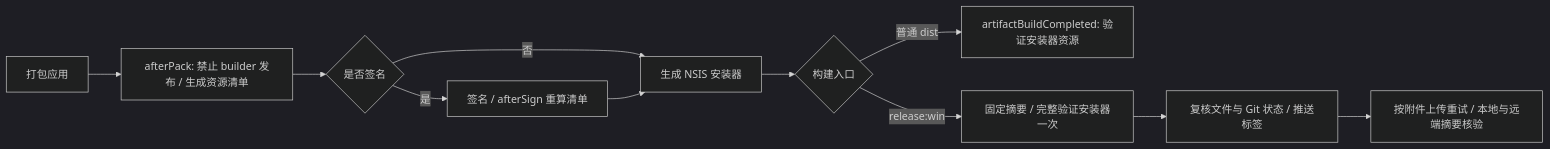
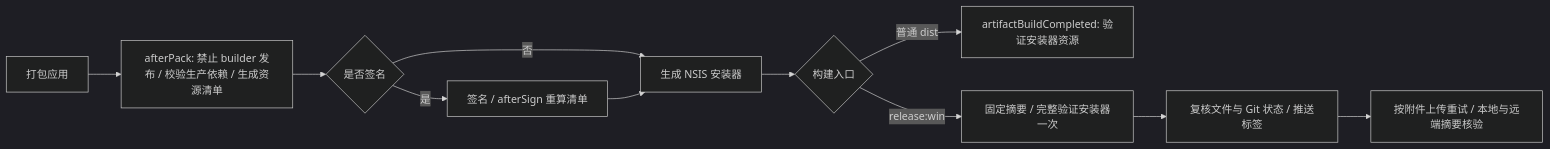
The diagram in docs/reference/engineering/build.md (AuroraWhisperer/LIRA), drawn with Mermaid (dark theme) before and after one commit. The commit also changed other lines of this file and 17 other files, not shown here.

````diff
--- a/docs/reference/engineering/build.md
+++ b/docs/reference/engineering/build.md
@@ -151,13 +153,13 @@
 ```mermaid
 flowchart LR
-  A[打包应用] --> B[afterPack: 禁止 builder 发布 / 生成资源清单]
+  A[打包应用] --> B[afterPack: 禁止 builder 发布 / 校验生产依赖 / 生成资源清单]
   B --> C{是否签名}
   C -->|是| D[签名 / afterSign 重算清单]
   C -->|否| E[生成 NSIS 安装器]
   D --> E
   E --> F{构建入口}
   F -->|普通 dist| G[artifactBuildCompleted: 验证安装器资源]
   F -->|release:win| H[固定摘要 / 完整验证安装器一次]
   H --> I[复核文件与 Git 状态 / 推送标签]
   I --> J[按附件上传重试 / 本地与远端摘要核验]
 ```
````
